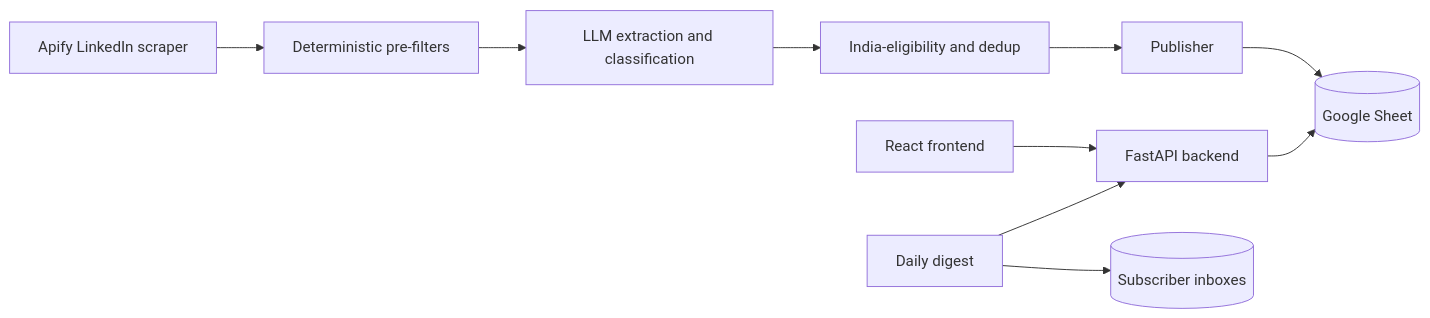
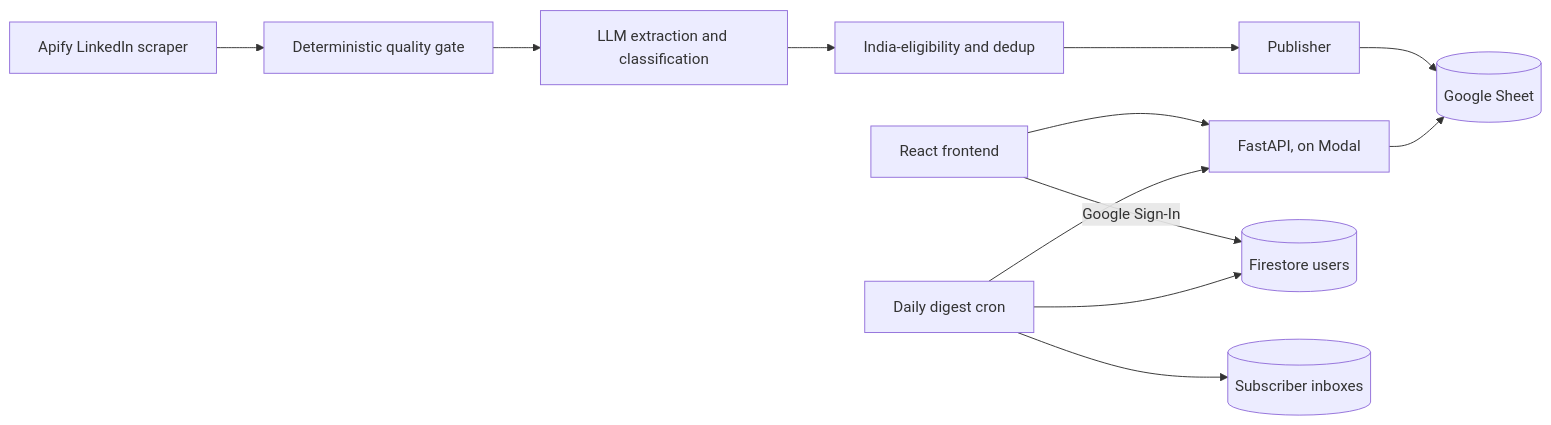
One commit to djain18/internship-automation-pipeline changed the diagram in README.md. Above: the diagram before and after it, drawn with Mermaid. The commit also changed other lines of this file, not shown here.

First line of the commit message:
docs: rewrite README for Modal rehost, Firebase auth/digest, and quality gate

````diff
--- a/README.md
+++ b/README.md
@@ -24,12 +26,14 @@
 ```mermaid
 flowchart LR
-    A[Apify LinkedIn scraper] --> B[Deterministic pre-filters]
+    A[Apify LinkedIn scraper] --> B[Deterministic quality gate]
     B --> C[LLM extraction and classification]
     C --> D[India-eligibility and dedup]
     D --> E[Publisher]
     E --> SHEET[(Google Sheet)]
-    API[FastAPI backend] --> SHEET
+    API[FastAPI, on Modal] --> SHEET
     WEB[React frontend] --> API
-    DIGEST[Daily digest] --> API
+    WEB -- Google Sign-In --> AUTH[(Firestore users)]
+    DIGEST[Daily digest cron] --> AUTH
+    DIGEST --> API
     DIGEST --> MAIL[(Subscriber inboxes)]
 ```
````
